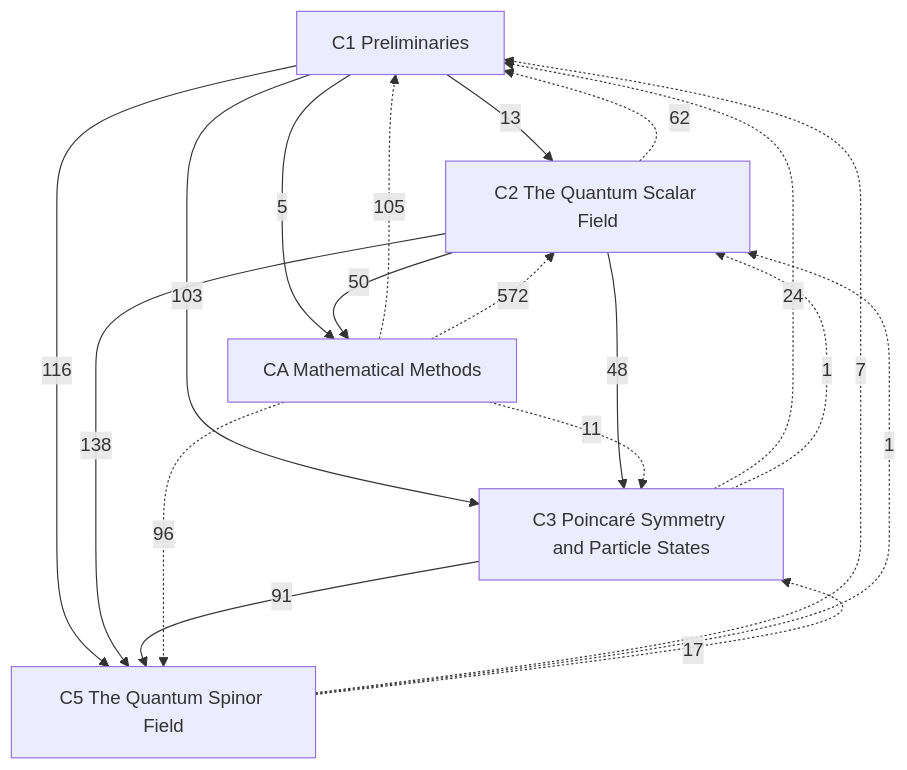
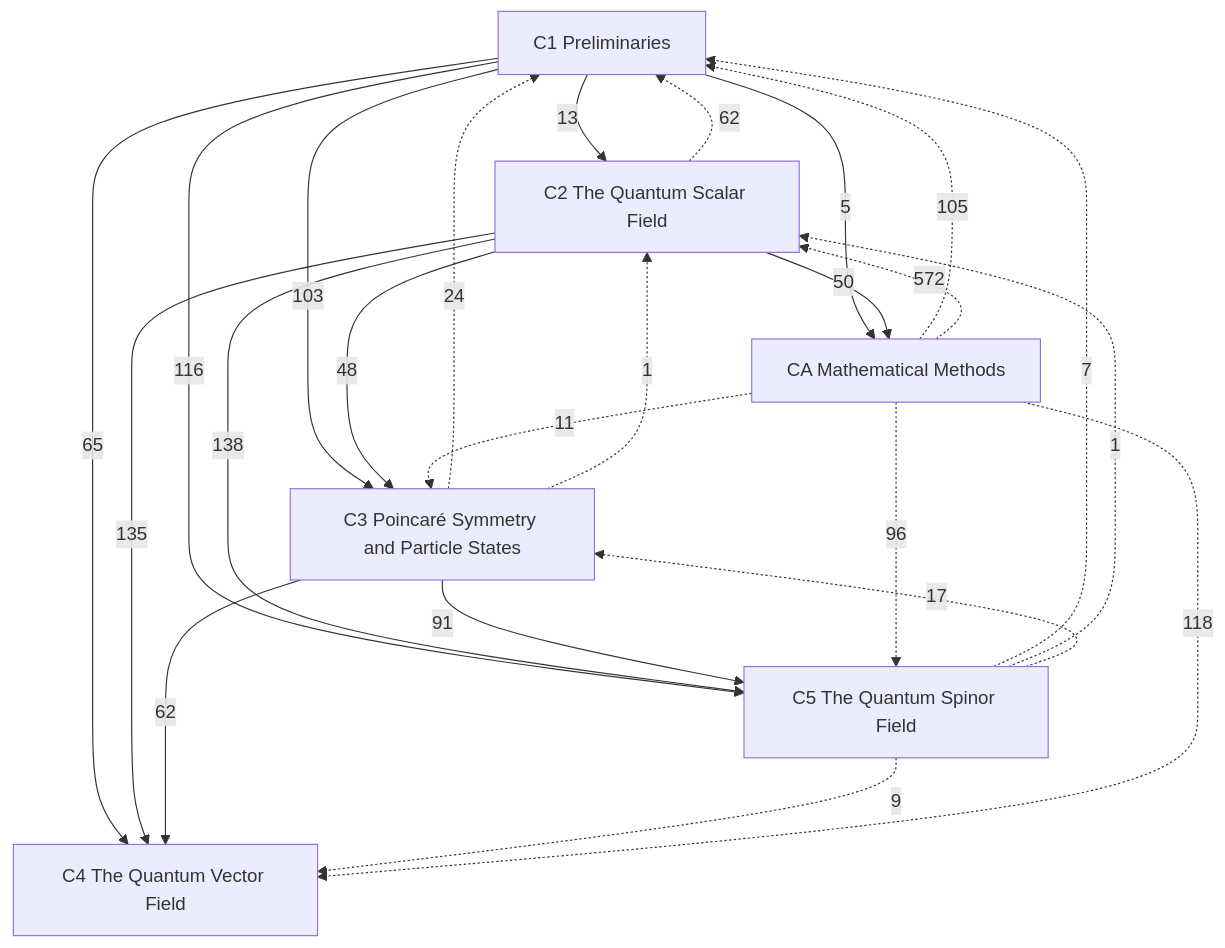
One commit to Onion20040508/notes changed the diagram in Physics/Quantum Field Theory/Quantum Field Theory.md. Above: the diagram before and after it, drawn with Mermaid. The commit also changed other lines of this file and 10 other files, not shown here.

````diff
--- a/Physics/Quantum Field Theory/Quantum Field Theory.md
+++ b/Physics/Quantum Field Theory/Quantum Field Theory.md
@@ -24,26 +25,32 @@
 ```mermaid
 graph TD
   C1["C1 Preliminaries"]
   C2["C2 The Quantum Scalar Field"]
   C3["C3 Poincaré Symmetry and Particle States"]
+  C4["C4 The Quantum Vector Field"]
   C5["C5 The Quantum Spinor Field"]
   CA["CA Mathematical Methods"]
   C1 -->|13| C2
   C1 -->|103| C3
   C2 -->|48| C3
+  C1 -->|65| C4
+  C2 -->|135| C4
+  C3 -->|62| C4
   C1 -->|116| C5
   C2 -->|138| C5
   C3 -->|91| C5
   C1 -->|5| CA
   C2 -->|50| CA
   C2 -.->|62| C1
   C3 -.->|24| C1
   C5 -.->|7| C1
   CA -.->|105| C1
   C3 -.->|1| C2
   C5 -.->|1| C2
   CA -.->|572| C2
   C5 -.->|17| C3
   CA -.->|11| C3
+  C5 -.->|9| C4
+  CA -.->|118| C4
   CA -.->|96| C5
 ```
````
